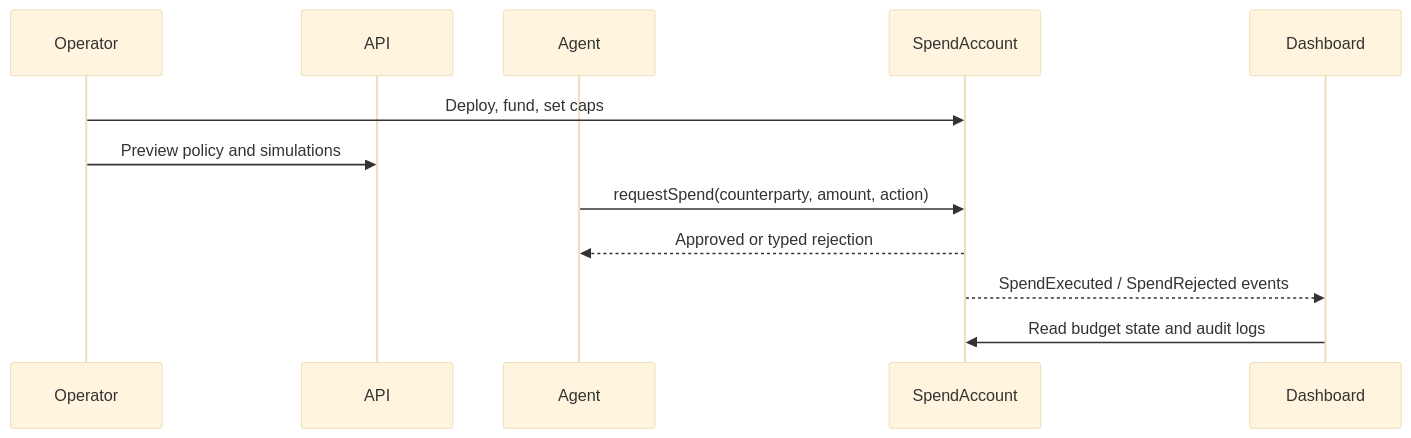
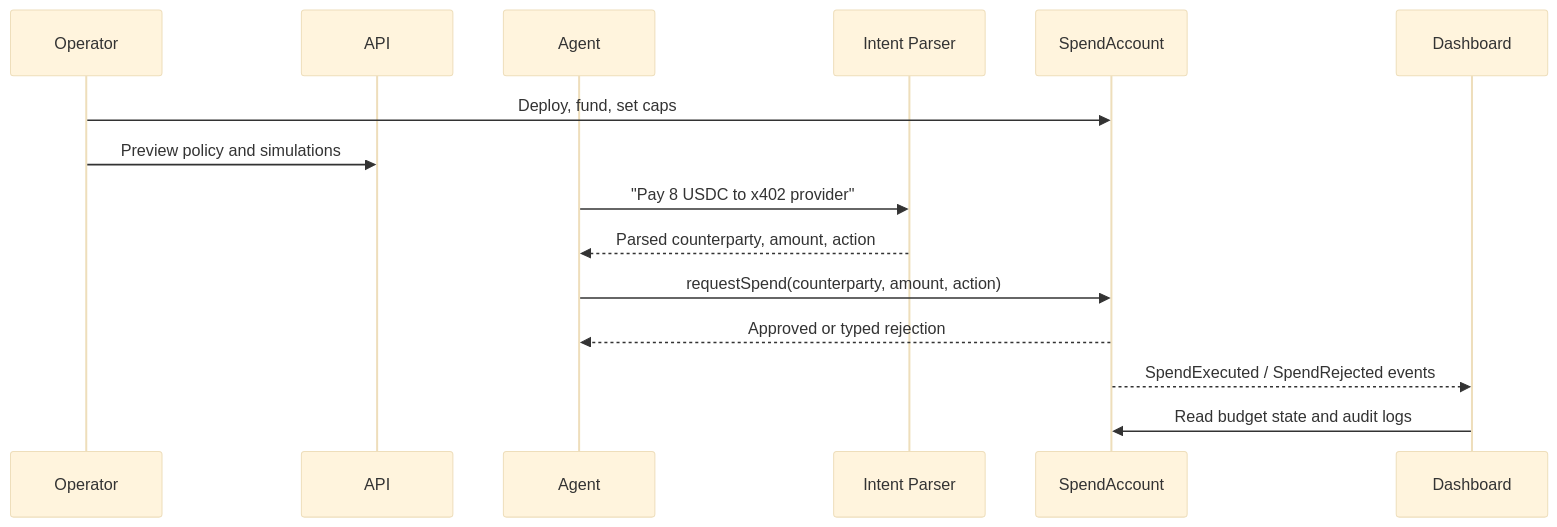
Before and after one commit to gnanam1990/sherpa-guardrails: the diagram in docs/ARCHITECTURE.md, drawn with Mermaid (base theme). The commit also changed other lines of this file and 18 other files, not shown here.

Commit message:
feat: add agent payment intent flow

````diff
--- a/docs/ARCHITECTURE.md
+++ b/docs/ARCHITECTURE.md
@@ -24,15 +25,18 @@
 ```mermaid
 sequenceDiagram
   participant Operator
   participant API
   participant Agent
+  participant Intent as Intent Parser
   participant Contract as SpendAccount
   participant Dashboard
 
   Operator->>Contract: Deploy, fund, set caps
   Operator->>API: Preview policy and simulations
+  Agent->>Intent: "Pay 8 USDC to x402 provider"
+  Intent-->>Agent: Parsed counterparty, amount, action
   Agent->>Contract: requestSpend(counterparty, amount, action)
   Contract-->>Agent: Approved or typed rejection
   Contract-->>Dashboard: SpendExecuted / SpendRejected events
   Dashboard->>Contract: Read budget state and audit logs
 ```
````
